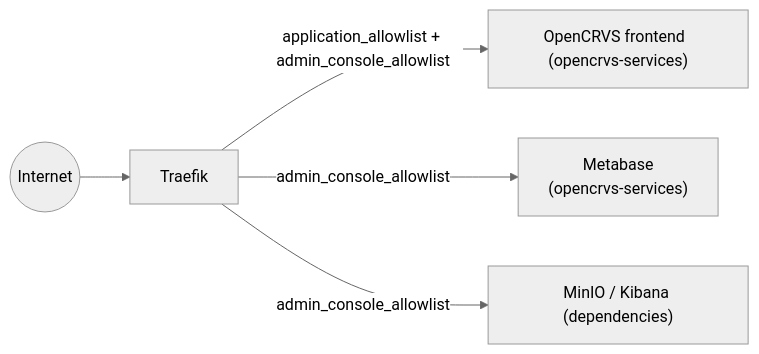
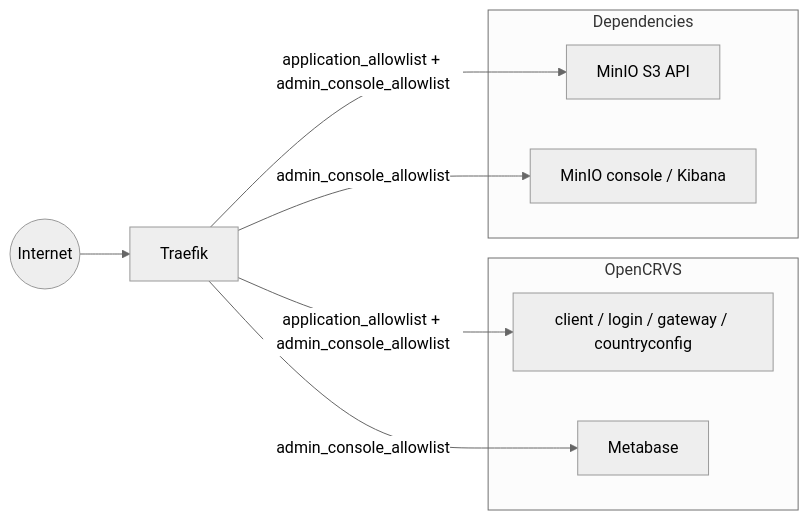
Before and after one commit to opencrvs/documentation: the diagram in v2.1.0/technical/guides/installation/advanced-topics/ip-allowlisting.md, drawn with Mermaid (neutral theme). The commit also changed other lines of this file, not shown here.

Commit message:
GITBOOK-39: IP Allowlist

````diff
--- a/v2.1.0/technical/guides/installation/advanced-topics/ip-allowlisting.md
+++ b/v2.1.0/technical/guides/installation/advanced-topics/ip-allowlisting.md
@@ -24,7 +24,19 @@
 ```mermaid
 flowchart LR
     I((Internet)) --> T[Traefik]
-    T -->|"application_allowlist + admin_console_allowlist"| APP["OpenCRVS frontend  (opencrvs-services)"]
-    T -->|"admin_console_allowlist"| DASH["Metabase <br>(opencrvs-services)"]
-    T -->|"admin_console_allowlist"| CONS["MinIO / Kibana (dependencies)"]
+
+    subgraph SVC["OpenCRVS"]
+        APP["client / login / gateway / countryconfig"]
+        DASH["Metabase"]
+    end
+
+    subgraph DEP["Dependencies"]
+        MINIO["MinIO S3 API"]
+        CONS["MinIO console / Kibana"]
+    end
+
+    T -->|"application_allowlist + admin_console_allowlist"| APP
+    T -->|"admin_console_allowlist"| DASH
+    T -->|"application_allowlist + admin_console_allowlist"| MINIO
+    T -->|"admin_console_allowlist"| CONS
 ```
````
